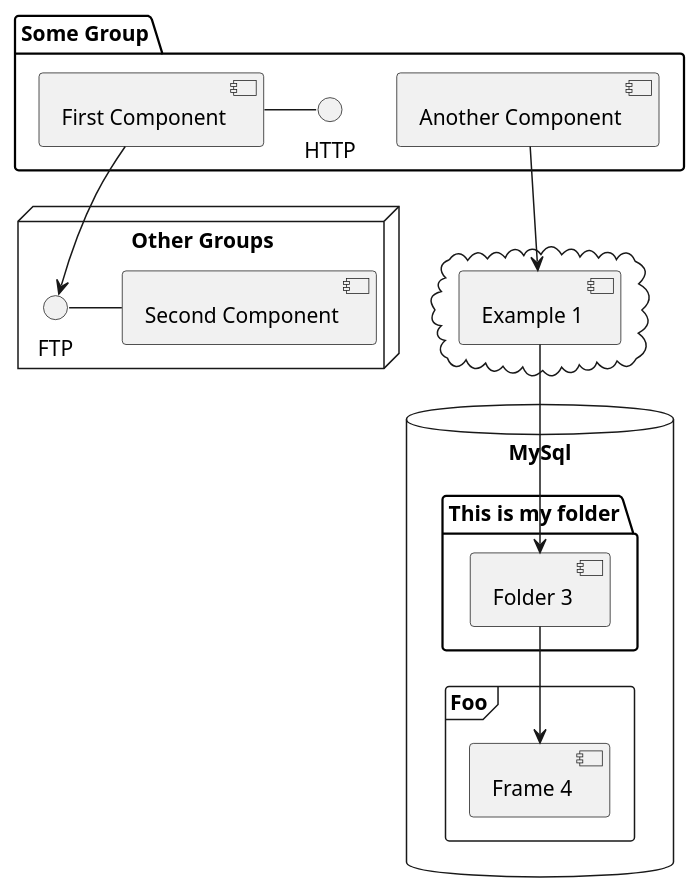
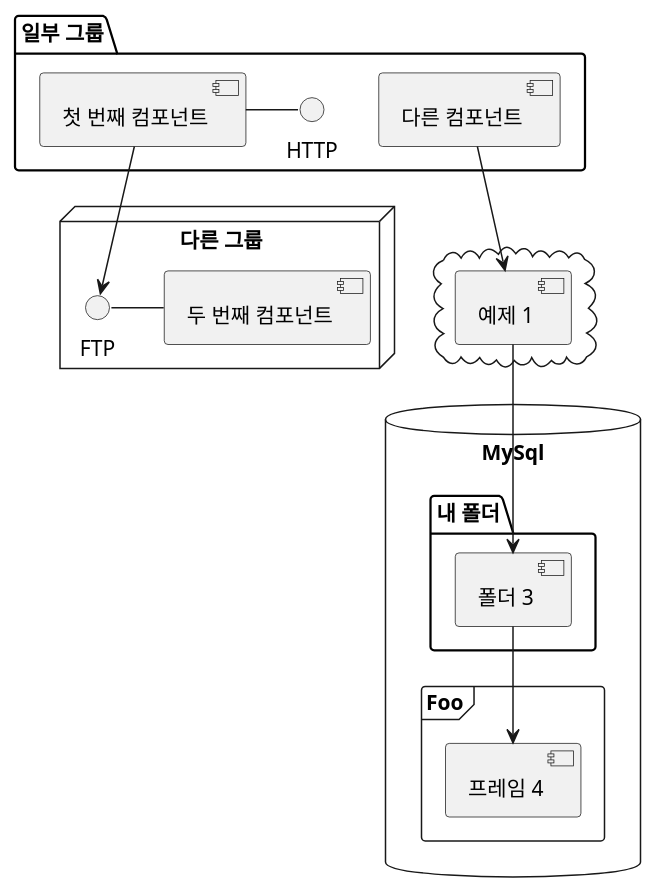
Before and after one commit to weseek/growi: the third of 8 diagrams in apps/app/resource/locales/ko_KR/sandbox-diagrams.md, drawn with PlantUML. The commit also changed other lines of this file and 17 other files, not shown here.

````diff
--- a/apps/app/resource/locales/ko_KR/sandbox-diagrams.md
+++ b/apps/app/resource/locales/ko_KR/sandbox-diagrams.md
@@ -91,34 +90,34 @@
 ``` plantuml
 @startuml
 
-package "Some Group" {
-  HTTP - [First Component]
-  [Another Component]
+package "일부 그룹" {
+  HTTP - [첫 번째 컴포넌트]
+  [다른 컴포넌트]
 }
 
-node "Other Groups" {
-  FTP - [Second Component]
-  [First Component] --> FTP
+node "다른 그룹" {
+  FTP - [두 번째 컴포넌트]
+  [첫 번째 컴포넌트] --> FTP
 }
 
 cloud {
-  [Example 1]
+  [예제 1]
 }
 
 
 database "MySql" {
-  folder "This is my folder" {
-    [Folder 3]
+  folder "내 폴더" {
+    [폴더 3]
   }
   frame "Foo" {
-    [Frame 4]
+    [프레임 4]
   }
 }
 
 
-[Another Component] --> [Example 1]
-[Example 1] --> [Folder 3]
-[Folder 3] --> [Frame 4]
+[다른 컴포넌트] --> [예제 1]
+[예제 1] --> [폴더 3]
+[폴더 3] --> [프레임 4]
 
 @enduml
 ```
````
